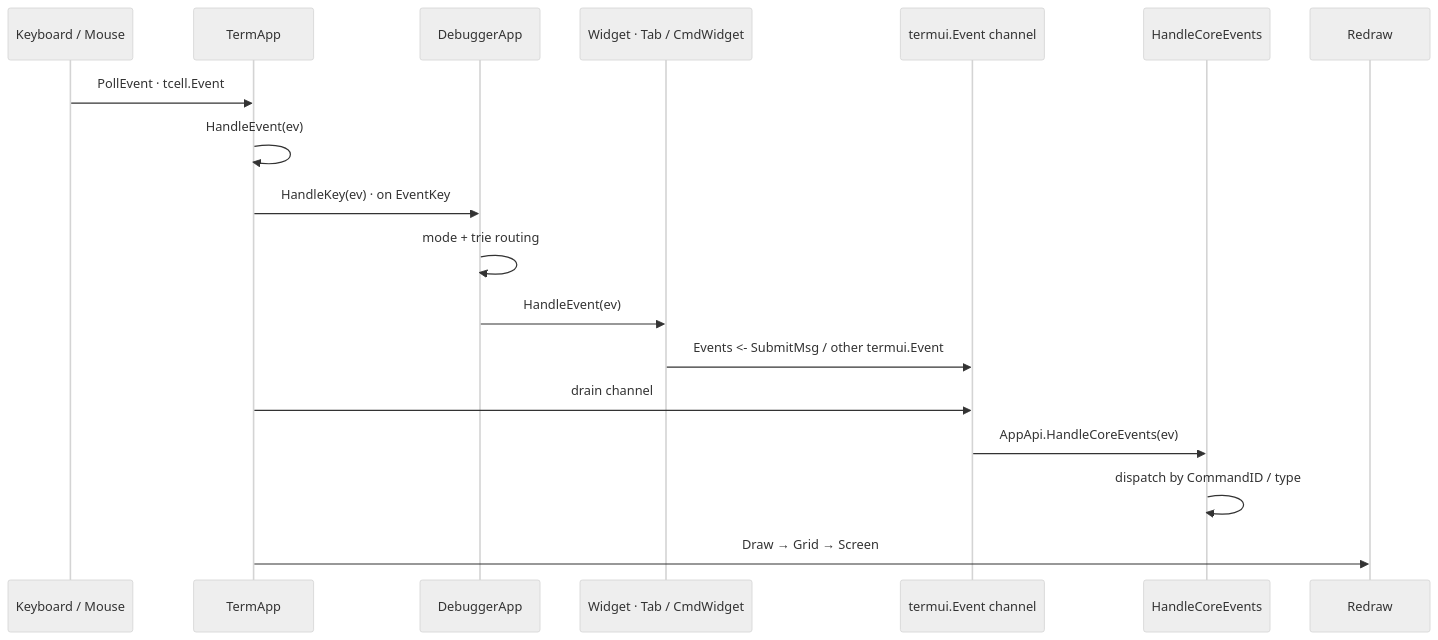
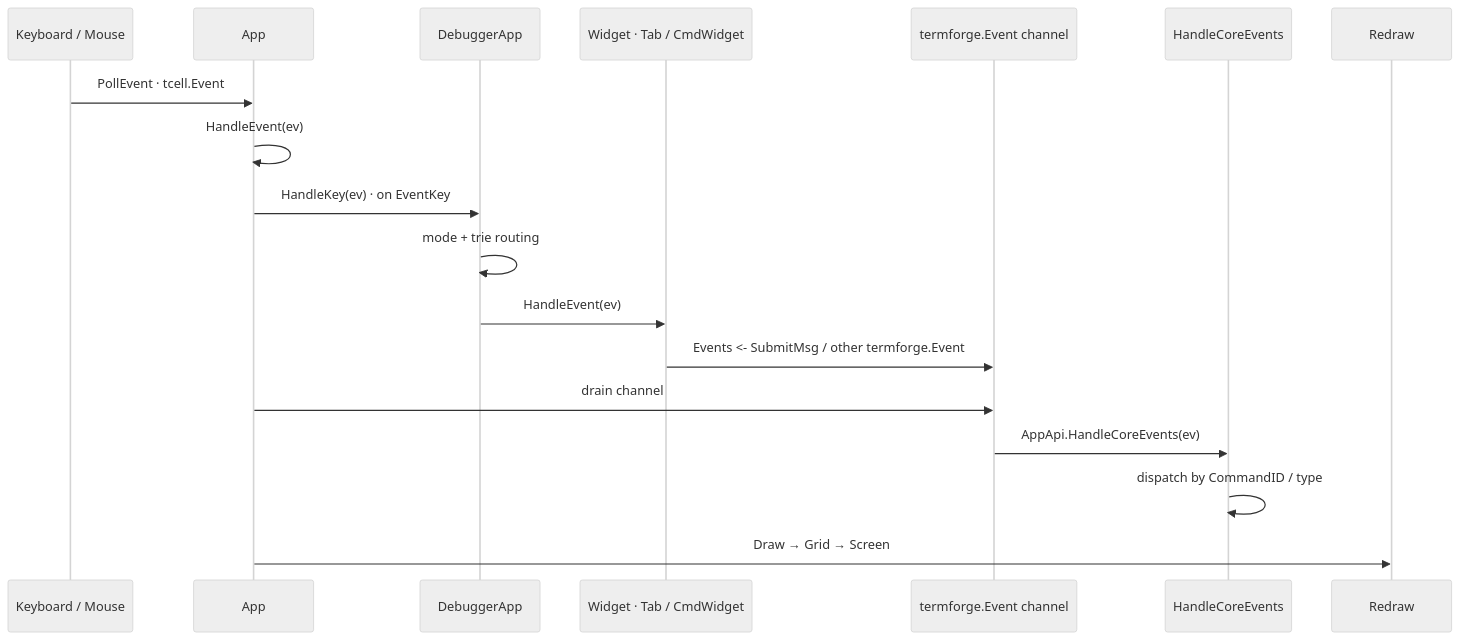
The sixth of 11 diagrams in docs/ARCHITECTURE.md (yairgd/gdbforge), drawn with Mermaid (neutral theme) before and after one commit. The commit also changed other lines of this file and 267 other files, not shown here.

````diff
--- a/docs/ARCHITECTURE.md
+++ b/docs/ARCHITECTURE.md
@@ -707,21 +707,21 @@
 ```mermaid
 sequenceDiagram
     participant Input as Keyboard / Mouse
-    participant App as TermApp
+    participant App as App
     participant Dbg as DebuggerApp
     participant Widget as Widget · Tab / CmdWidget
-    participant Bus as termui.Event channel
+    participant Bus as termforge.Event channel
     participant Core as HandleCoreEvents
     participant Render as Redraw
 
     Input ->> App: PollEvent · tcell.Event
     App ->> App: HandleEvent(ev)
     App ->> Dbg: HandleKey(ev) · on EventKey
     Dbg ->> Dbg: mode + trie routing
     Dbg ->> Widget: HandleEvent(ev)
-    Widget ->> Bus: Events <- SubmitMsg / other termui.Event
+    Widget ->> Bus: Events <- SubmitMsg / other termforge.Event
     App ->> Bus: drain channel
     Bus ->> Core: AppApi.HandleCoreEvents(ev)
     Core ->> Core: dispatch by CommandID / type
     App ->> Render: Draw → Grid → Screen
 ```
````
